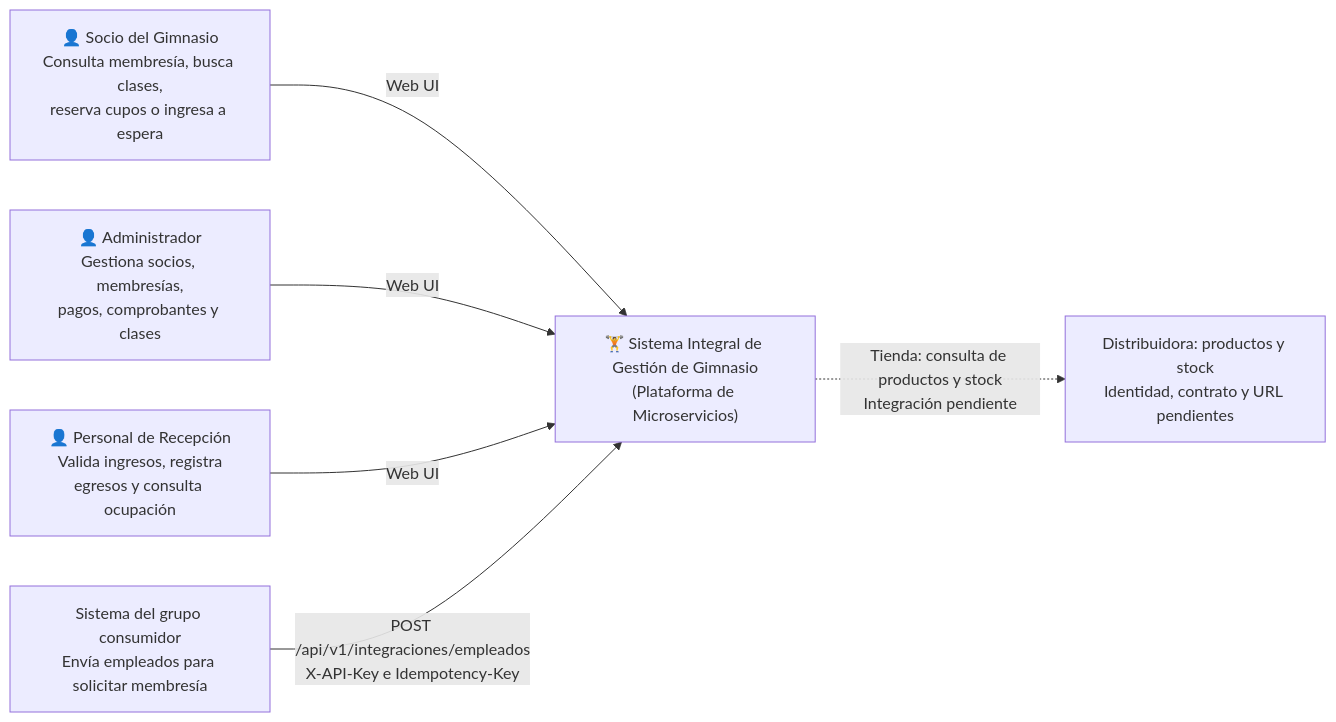
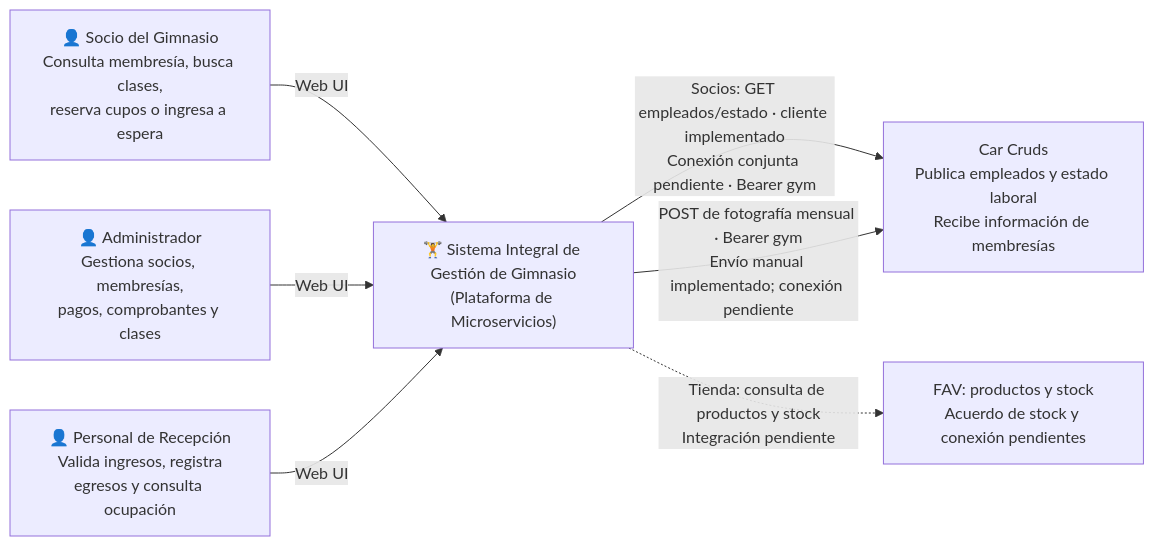
One commit to PabloMarquezCapilla/Gestion-gimnasio-arquitectura-software changed the first of 3 diagrams in docs/ARCHITECTURE.md. Above: the diagram before and after it, drawn with Mermaid. The commit also changed other lines of this file and 39 other files, not shown here.

Commit message:
feat: integrar Car Cruds con vinculos y evidencia mensual

````diff
--- a/docs/ARCHITECTURE.md
+++ b/docs/ARCHITECTURE.md
@@ -67,16 +75,17 @@
 ```mermaid
 flowchart LR
     socio["👤 Socio del Gimnasio<br/>Consulta membresía, busca clases,<br/>reserva cupos o ingresa a espera"]
     admin["👤 Administrador<br/>Gestiona socios, membresías,<br/>pagos, comprobantes y clases"]
     recepcion["👤 Personal de Recepción<br/>Valida ingresos, registra<br/>egresos y consulta ocupación"]
-    consumidor["Sistema del grupo consumidor<br/>Envía empleados para solicitar membresía"]
-    proveedor["Distribuidora: productos y stock<br/>Identidad, contrato y URL pendientes"]
+    consumidor["Car Cruds<br/>Publica empleados y estado laboral<br/>Recibe información de membresías"]
+    proveedor["FAV: productos y stock<br/>Acuerdo de stock y conexión pendientes"]
 
     sistema["🏋️ Sistema Integral de Gestión de Gimnasio<br/>(Plataforma de Microservicios)"]
 
     socio -->|Web UI| sistema
     admin -->|Web UI| sistema
     recepcion -->|Web UI| sistema
-    consumidor -->|POST /api/v1/integraciones/empleados<br/>X-API-Key e Idempotency-Key| sistema
+    sistema -->|Socios: GET empleados/estado · cliente implementado<br/>Conexión conjunta pendiente · Bearer gym| consumidor
+    sistema -->|POST de fotografía mensual · Bearer gym<br/>Envío manual implementado; conexión pendiente| consumidor
     sistema -.->|Tienda: consulta de productos y stock<br/>Integración pendiente| proveedor
 ```
````
